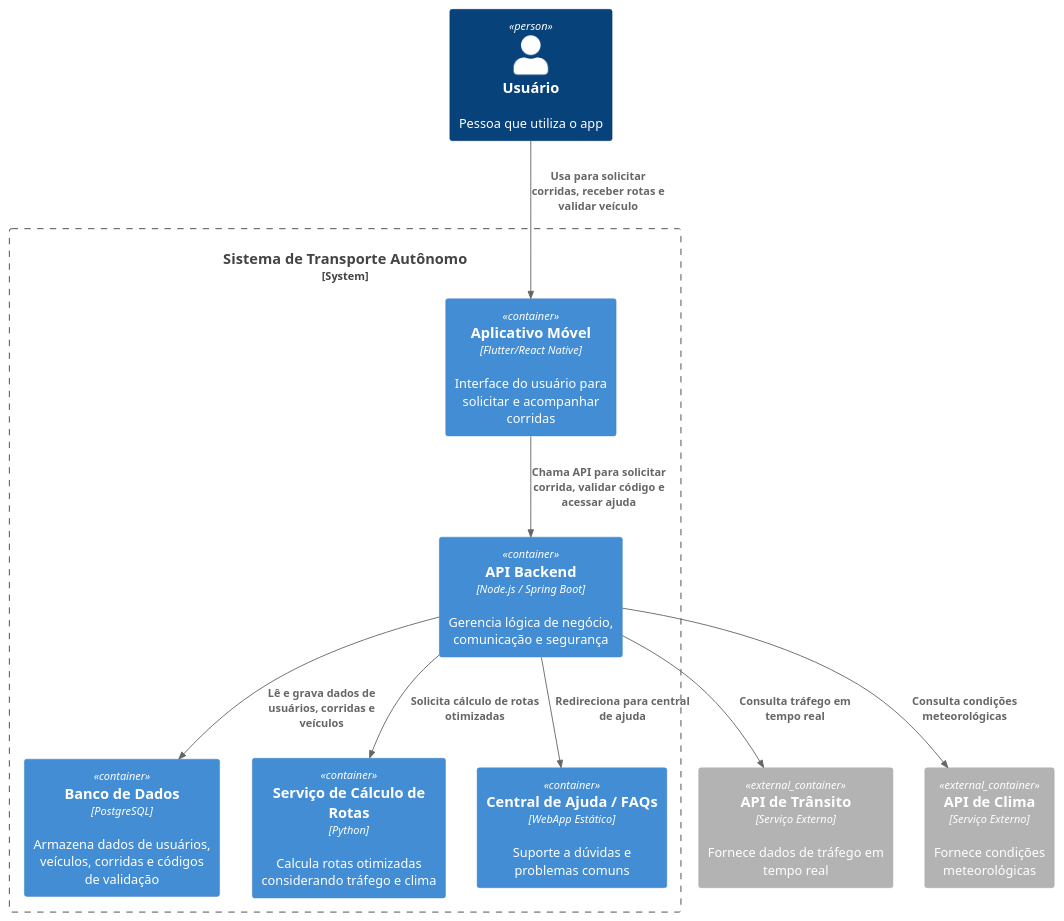
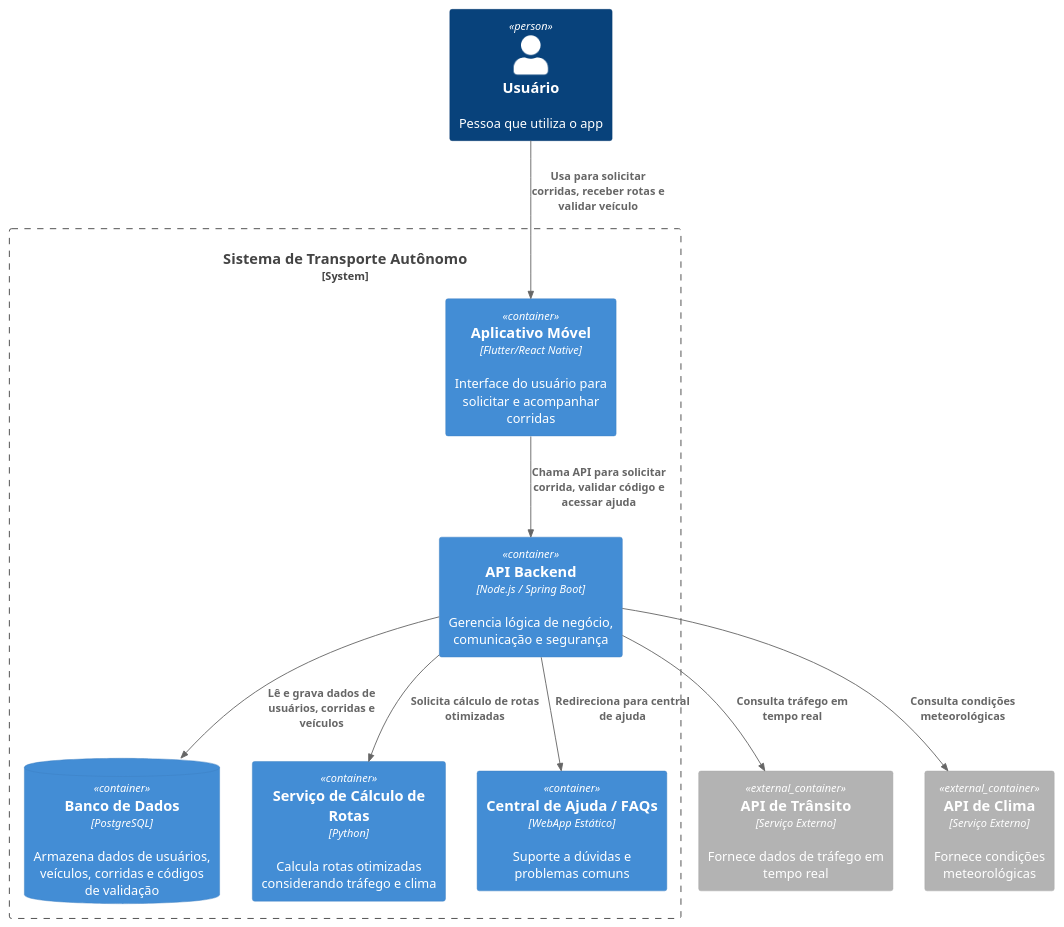
Before and after one commit to gilmarUFG/as_es_20251_g6: the diagram in trabalho_final/Diagramas/container.puml, drawn with PlantUML.

Commit message:
docs: alterando container do banco de dados para containerDb

```diff
--- a/trabalho_final/Diagramas/container.puml
+++ b/trabalho_final/Diagramas/container.puml
@@ -1,24 +1,24 @@
 @startuml
 !include https://raw.githubusercontent.com/plantuml-stdlib/C4-PlantUML/master/C4_Container.puml
 
 Person(usuario, "Usuário", "Pessoa que utiliza o app")
 System_Boundary(sistema, "Sistema de Transporte Autônomo") {
   Container(appMobile, "Aplicativo Móvel", "Flutter/React Native", "Interface do usuário para solicitar e acompanhar corridas")
   Container(apiBackend, "API Backend", "Node.js / Spring Boot", "Gerencia lógica de negócio, comunicação e segurança")
-  Container(bancoDeDados, "Banco de Dados", "PostgreSQL", "Armazena dados de usuários, veículos, corridas e códigos de validação")
+  ContainerDb(bancoDeDados, "Banco de Dados", "PostgreSQL", "Armazena dados de usuários, veículos, corridas e códigos de validação")
   Container(servicoRotas, "Serviço de Cálculo de Rotas", "Python", "Calcula rotas otimizadas considerando tráfego e clima")
   Container(faqAjuda, "Central de Ajuda / FAQs", "WebApp Estático", "Suporte a dúvidas e problemas comuns")
 }
 
 Container_Ext(apiTrafego, "API de Trânsito", "Serviço Externo", "Fornece dados de tráfego em tempo real")
 Container_Ext(apiClima, "API de Clima", "Serviço Externo", "Fornece condições meteorológicas")
 
 Rel(usuario, appMobile, "Usa para solicitar corridas, receber rotas e validar veículo")
 Rel(appMobile, apiBackend, "Chama API para solicitar corrida, validar código e acessar ajuda")
 Rel(apiBackend, bancoDeDados, "Lê e grava dados de usuários, corridas e veículos")
 Rel(apiBackend, servicoRotas, "Solicita cálculo de rotas otimizadas")
 Rel(apiBackend, faqAjuda, "Redireciona para central de ajuda")
 Rel(apiBackend, apiTrafego, "Consulta tráfego em tempo real")
 Rel(apiBackend, apiClima, "Consulta condições meteorológicas")
 
 @enduml
```
